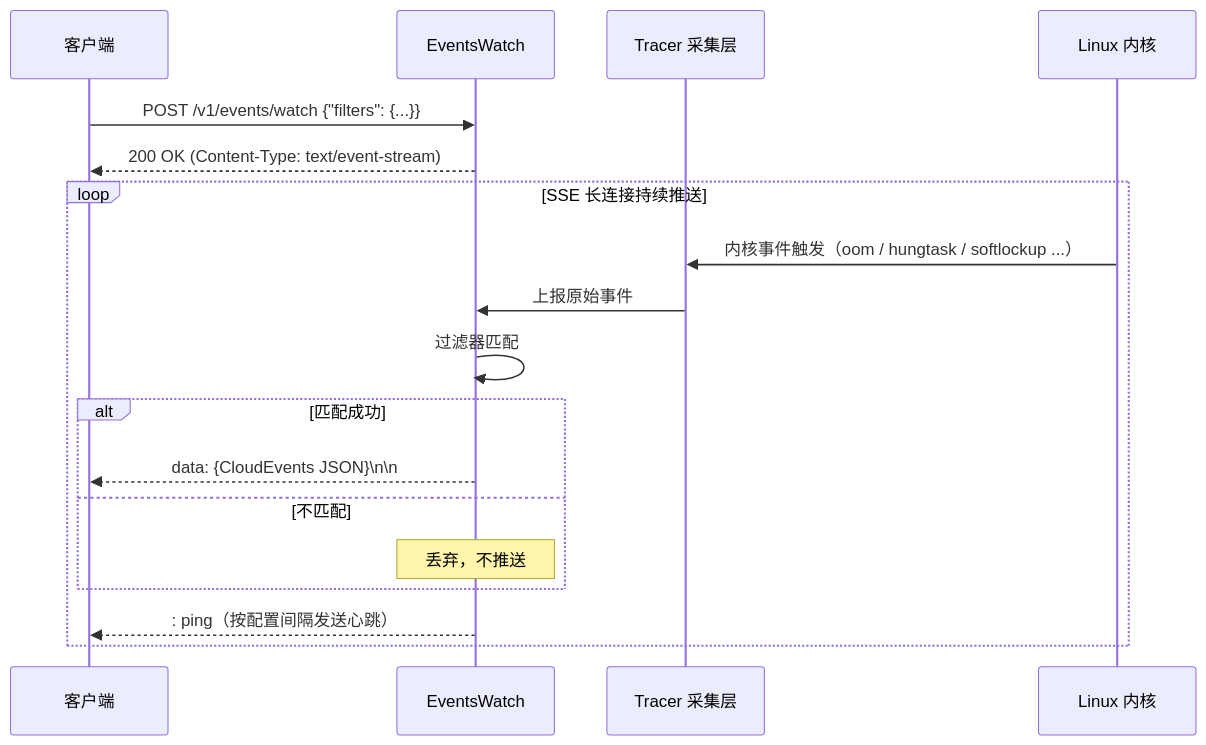
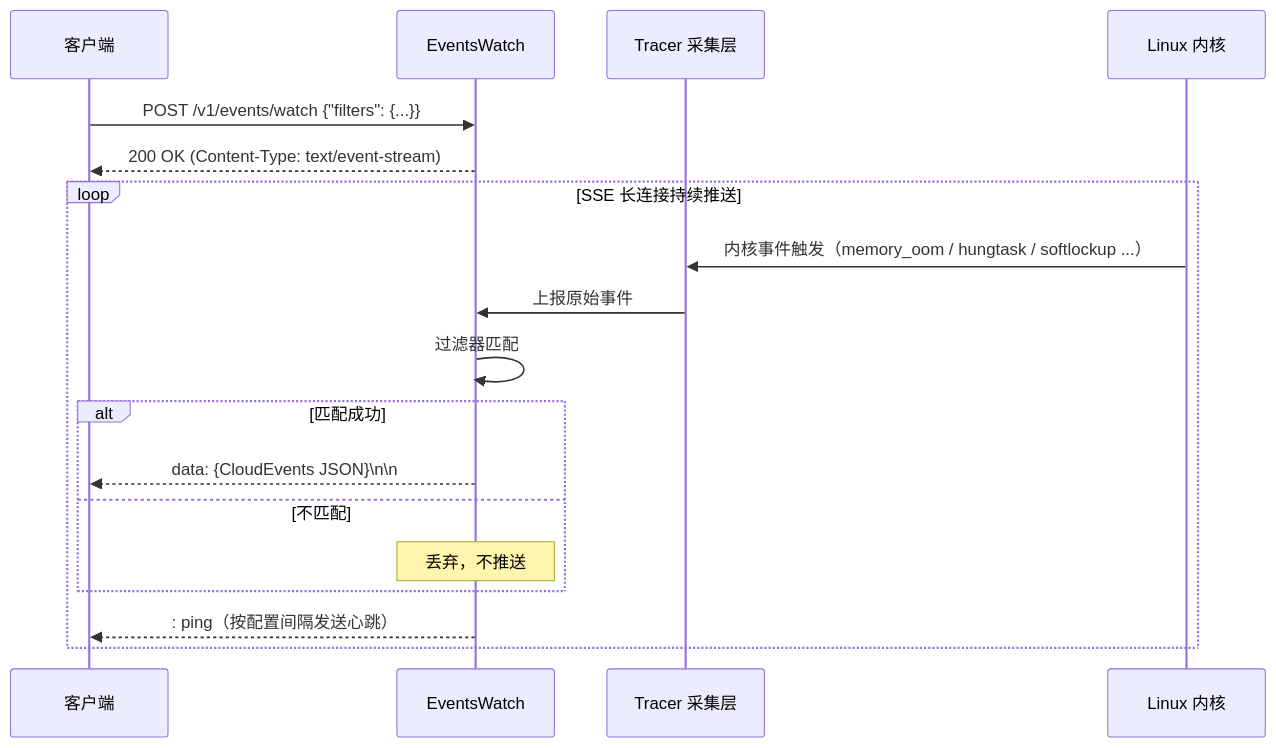
Before and after one commit to ccfos/huatuo: the second of 3 diagrams in docs/best-practice/events-watch_zh.md, drawn with Mermaid. The commit also changed other lines of this file and 14 other files, not shown here.

First line of the commit message:
refactor(events): name OOM tracing by memory domain

````diff
--- a/docs/best-practice/events-watch_zh.md
+++ b/docs/best-practice/events-watch_zh.md
@@ -496,22 +496,22 @@
 ```mermaid
 sequenceDiagram
     participant C as 客户端
     participant EW as EventsWatch
     participant T as Tracer 采集层
     participant K as Linux 内核
 
     C->>EW: POST /v1/events/watch {"filters": {...}}
     EW-->>C: 200 OK (Content-Type: text/event-stream)
 
     loop SSE 长连接持续推送
-        K->>T: 内核事件触发（oom / hungtask / softlockup ...）
+        K->>T: 内核事件触发（memory_oom / hungtask / softlockup ...）
         T->>EW: 上报原始事件
         EW->>EW: 过滤器匹配
         alt 匹配成功
             EW-->>C: data: {CloudEvents JSON}\n\n
         else 不匹配
             note over EW: 丢弃，不推送
         end
         EW-->>C: : ping（按配置间隔发送心跳）
     end
 ```
````
